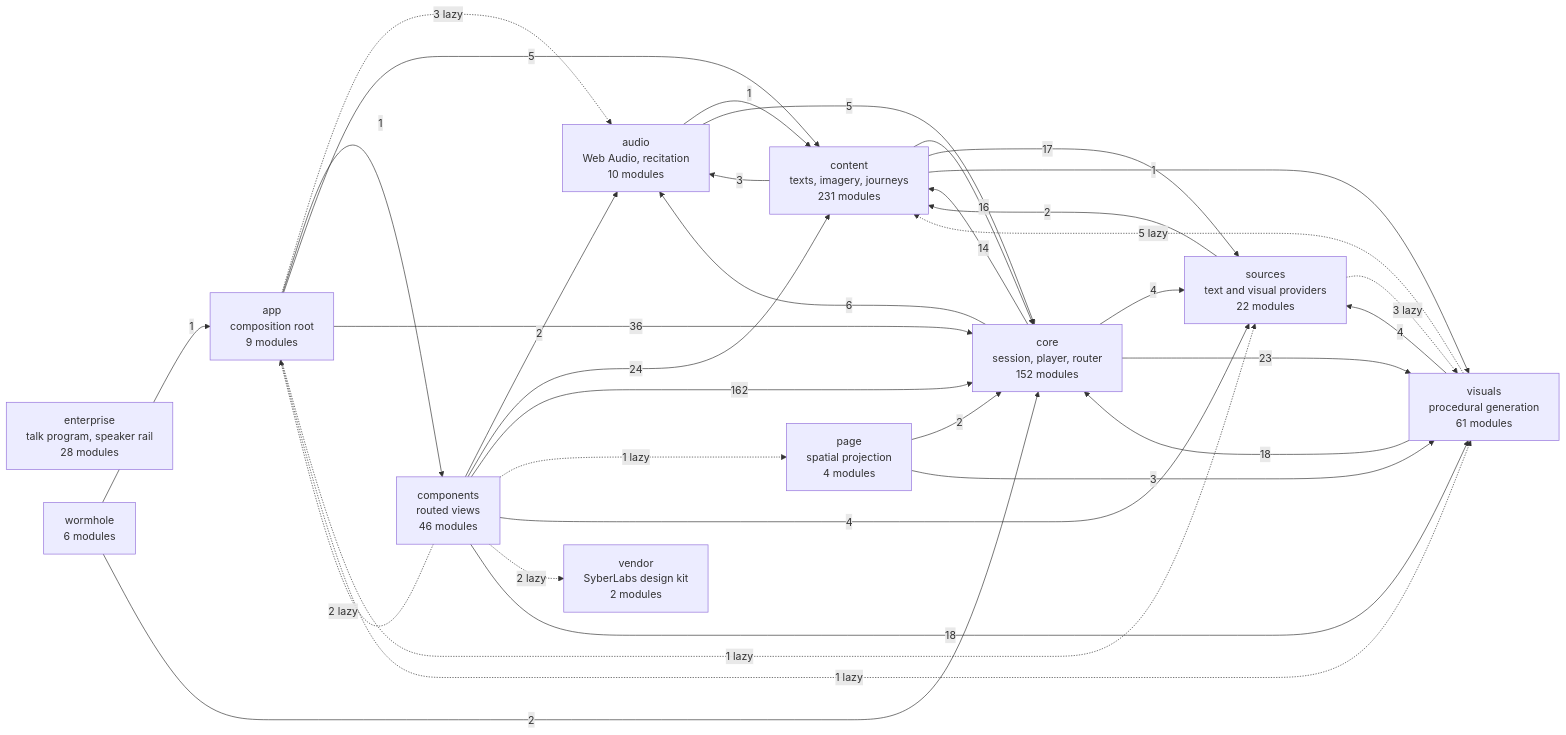
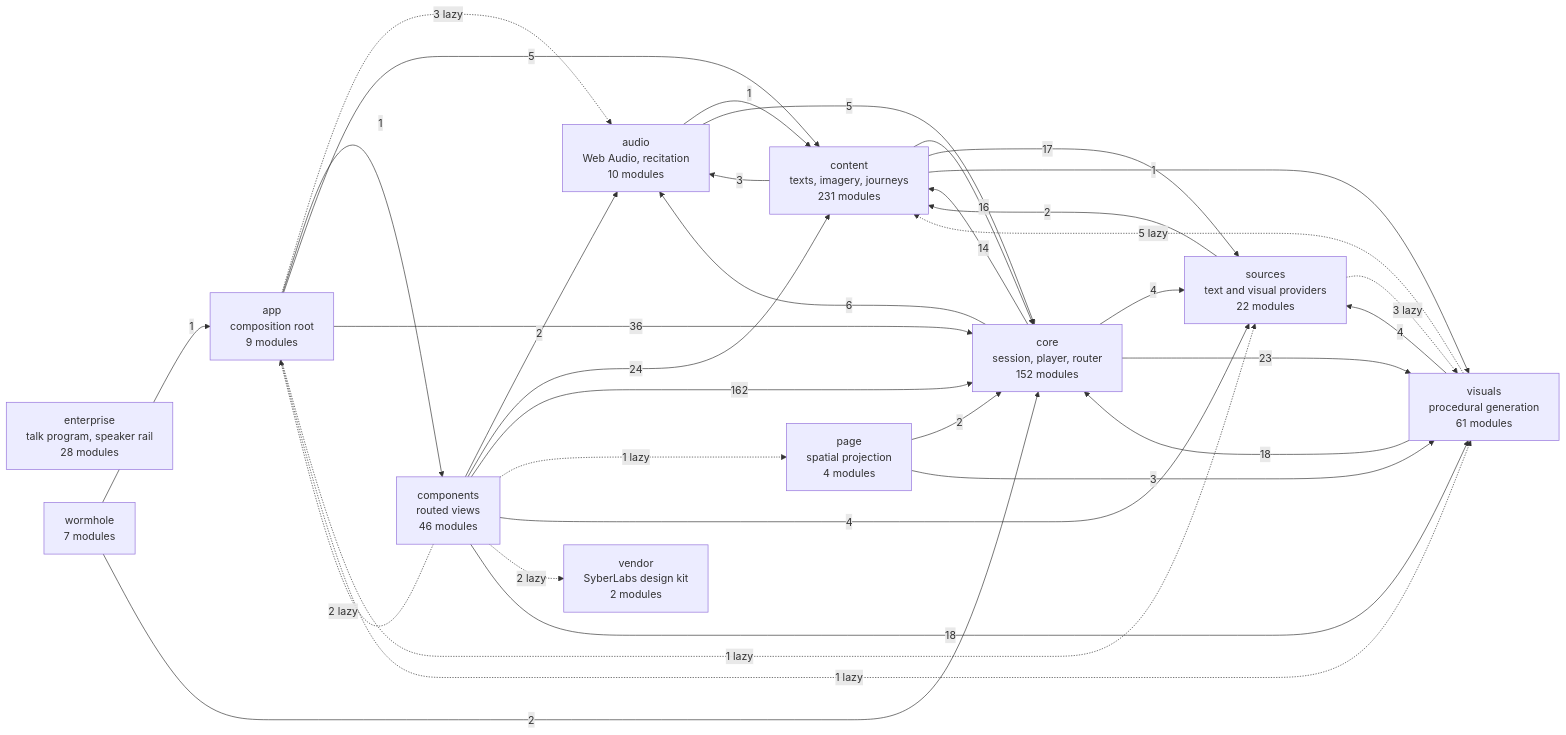
One commit to SyberLabs/RISE changed the diagram in docs/specs/ARCHITECTURE.md. Above: the diagram before and after it, drawn with Mermaid.

Commit message:
The diagram counts the wormhole's bearing module

````diff
--- a/docs/specs/ARCHITECTURE.md
+++ b/docs/specs/ARCHITECTURE.md
@@ -160,48 +160,48 @@
 ```mermaid
 flowchart LR
     app["app<br/>composition root<br/>9 modules"]
     audio["audio<br/>Web Audio, recitation<br/>10 modules"]
     components["components<br/>routed views<br/>46 modules"]
     content["content<br/>texts, imagery, journeys<br/>231 modules"]
     core["core<br/>session, player, router<br/>152 modules"]
     enterprise["enterprise<br/>talk program, speaker rail<br/>28 modules"]
     page["page<br/>spatial projection<br/>4 modules"]
     sources["sources<br/>text and visual providers<br/>22 modules"]
     vendor["vendor<br/>SyberLabs design kit<br/>2 modules"]
     visuals["visuals<br/>procedural generation<br/>61 modules"]
-    wormhole["wormhole<br/>6 modules"]
+    wormhole["wormhole<br/>7 modules"]
 
     app -.-> |3 lazy| audio
     app --> |1| components
     app --> |5| content
     app --> |36| core
     app -.-> |1 lazy| sources
     app -.-> |1 lazy| visuals
     audio --> |1| content
     audio --> |5| core
     components -.-> |2 lazy| app
     components --> |2| audio
     components --> |24| content
     components --> |162| core
     components -.-> |1 lazy| page
     components --> |4| sources
     components -.-> |2 lazy| vendor
     components --> |18| visuals
     content --> |3| audio
     content --> |16| core
     content --> |17| sources
     content --> |1| visuals
     core --> |6| audio
     core --> |14| content
     core --> |4| sources
     core --> |23| visuals
     page --> |2| core
     page --> |3| visuals
     sources --> |2| content
     sources -.-> |3 lazy| visuals
     visuals -.-> |5 lazy| content
     visuals --> |18| core
     visuals --> |4| sources
     wormhole --> |1| app
     wormhole --> |2| core
 ```
````
